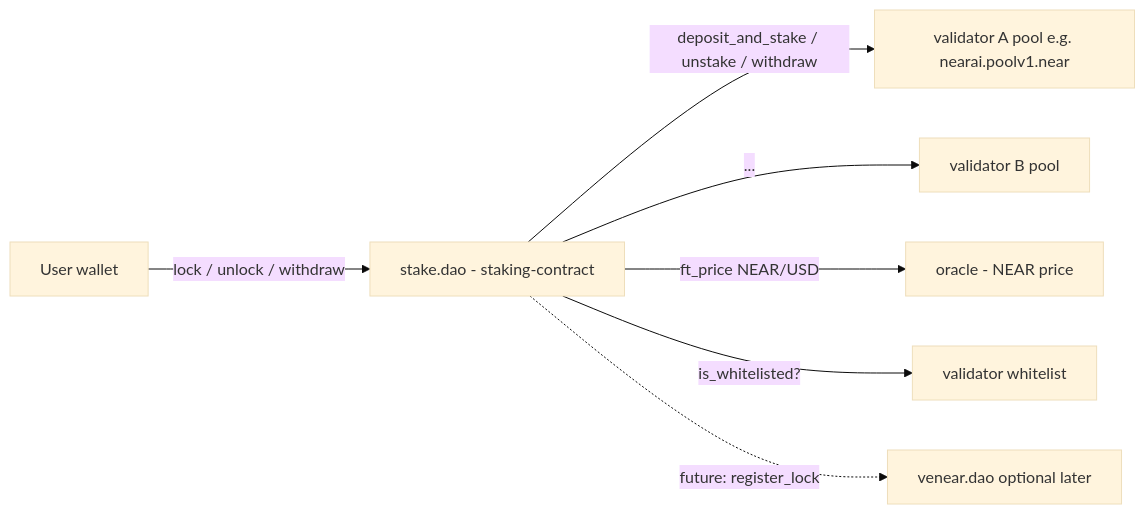
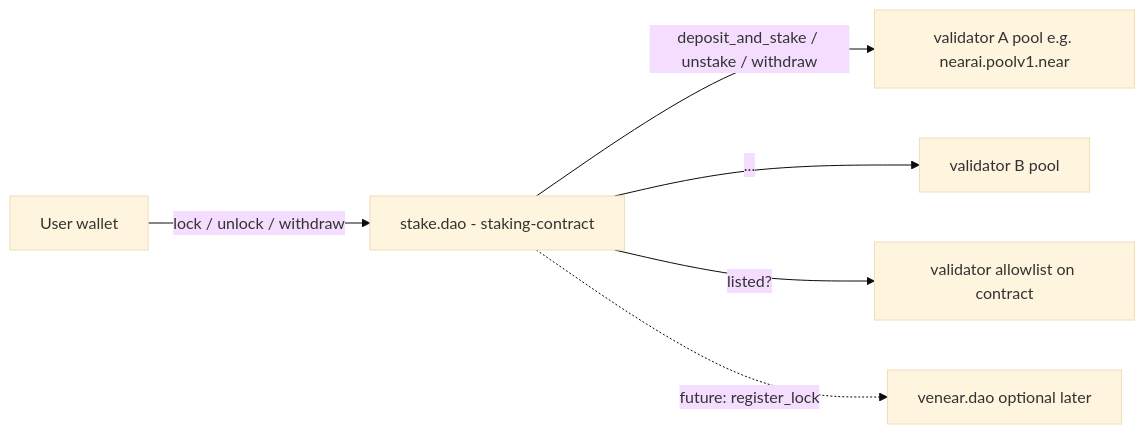
Before and after one commit to nearai/house-of-stake-contracts: the first of 3 diagrams in staking-contract/docs/PLAN.md, drawn with Mermaid (base theme). The commit also changed other lines of this file and 11 other files, not shown here.

````diff
--- a/staking-contract/docs/PLAN.md
+++ b/staking-contract/docs/PLAN.md
@@ -77,17 +77,15 @@
 ```mermaid
 flowchart LR
     user[User wallet]
     stakeDao[stake.dao - staking-contract]
-    oracle[oracle - NEAR price]
-    whitelist[validator whitelist]
+    whitelist[validator allowlist on contract]
     poolA[validator A pool e.g. nearai.poolv1.near]
     poolB[validator B pool]
     venearDao[venear.dao optional later]
 
     user -- "lock / unlock / withdraw" --> stakeDao
     stakeDao -- "deposit_and_stake / unstake / withdraw" --> poolA
     stakeDao -- "..." --> poolB
-    stakeDao -- "ft_price NEAR/USD" --> oracle
-    stakeDao -- "is_whitelisted?" --> whitelist
+    stakeDao -- "listed?" --> whitelist
     stakeDao -. "future: register_lock" .-> venearDao
 ```
````
